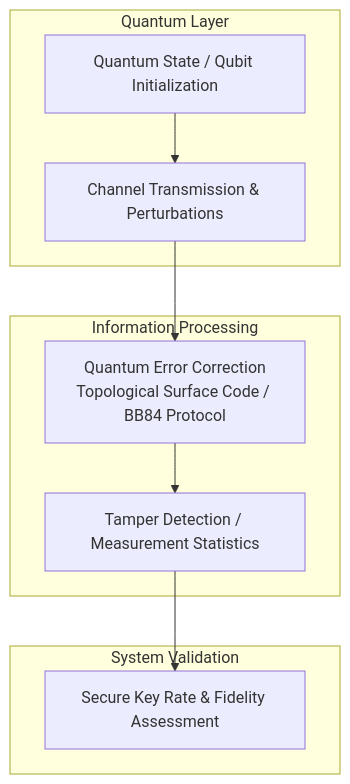
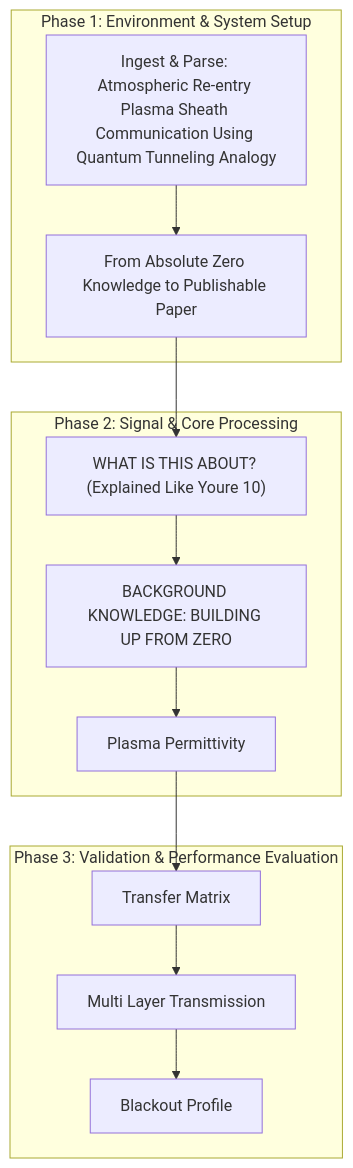
Before and after one commit to Runtime-Slayers/Quantum-Tunneling-Inspired-Communication-Through-Plasma-Sheaths: the diagram in README.md, drawn with Mermaid. The commit also changed other lines of this file, not shown here.

Commit message:
Docs: Restructure README.md with detailed summary and pipeline flowchart

````diff
--- a/README.md
+++ b/README.md
@@ -14,13 +14,24 @@
 ```mermaid
 graph TD
-    subgraph Quantum Layer
-        A["Quantum State / Qubit Initialization"] --> B["Channel Transmission & Perturbations"]
+    subgraph "Phase 1: Environment & System Setup"
+        N0["Ingest & Parse: Atmospheric Re-entry Plasma Sheath Communication Using Quantum Tunneling Analogy"]
+        N1["From Absolute Zero Knowledge to Publishable Paper"]
     end
-    subgraph Information Processing
-        B --> C["Quantum Error Correction<br>Topological Surface Code / BB84 Protocol"]
-        C --> D["Tamper Detection / Measurement Statistics"]
+    subgraph "Phase 2: Signal & Core Processing"
+        N2["WHAT IS THIS ABOUT? (Explained Like Youre 10)"]
+        N3["BACKGROUND KNOWLEDGE: BUILDING UP FROM ZERO"]
+        N4["Plasma Permittivity"]
     end
-    subgraph System Validation
-        D --> E["Secure Key Rate & Fidelity Assessment"]
+    subgraph "Phase 3: Validation & Performance Evaluation"
+        N5["Transfer Matrix"]
+        N6["Multi Layer Transmission"]
+        N7["Blackout Profile"]
     end
+    N0 --> N1
+    N1 --> N2
+    N2 --> N3
+    N3 --> N4
+    N4 --> N5
+    N5 --> N6
+    N6 --> N7
 ```
````
